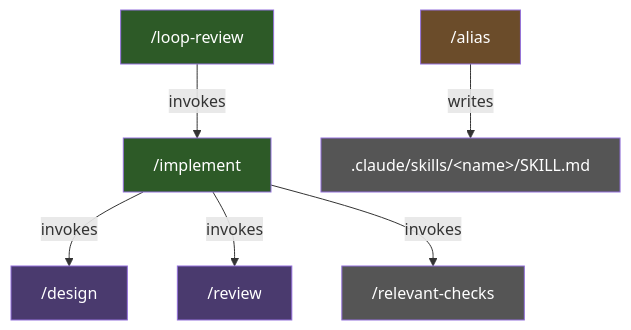
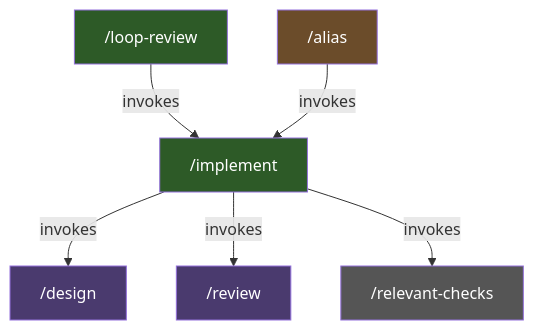
One commit to zhupanov/larch changed the first of 2 diagrams in docs/workflow-lifecycle.md. Above: the diagram before and after it, drawn with Mermaid. The commit also changed other lines of this file and 9 other files, not shown here.

First line of the commit message:
Delegate /alias to /implement and rename claude-lint to agent-lint (#75)

````diff
--- a/docs/workflow-lifecycle.md
+++ b/docs/workflow-lifecycle.md
@@ -9,16 +9,15 @@
 ```mermaid
 graph TD
     IMPLEMENT["/implement"] -->|invokes| DESIGN["/design"]
     IMPLEMENT -->|invokes| REVIEW["/review"]
     IMPLEMENT -->|invokes| CHECKS["/relevant-checks"]
     LOOP["/loop-review"] -->|invokes| IMPLEMENT
-    ALIAS["/alias"] -->|writes| SKILL_FILE[".claude/skills/&lt;name&gt;/SKILL.md"]
+    ALIAS["/alias"] -->|invokes| IMPLEMENT
 
     style IMPLEMENT fill:#2d5a27,color:#fff
     style LOOP fill:#2d5a27,color:#fff
     style DESIGN fill:#4a3a6e,color:#fff
     style REVIEW fill:#4a3a6e,color:#fff
     style CHECKS fill:#555,color:#fff
     style ALIAS fill:#6b4c2a,color:#fff
-    style SKILL_FILE fill:#555,color:#fff
 ```
````
